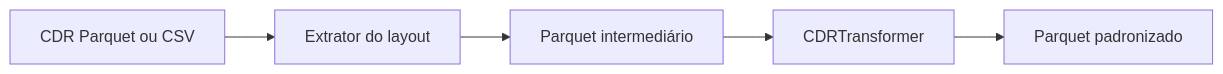
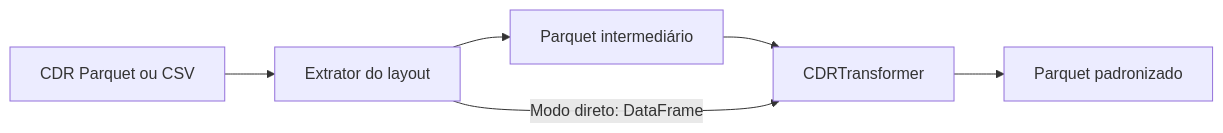
The diagram in README.md (InovaFiscaliza/teleutils), drawn with Mermaid before and after one commit. The commit also changed other lines of this file and 10 other files, not shown here.

First line of the commit message:
feat(extractors): ✨ Add extract_dataframe method for direct DataFrame extraction - Introduce extract_dataframe to return DataFrame without writing to Parquet - Update CDRTextExtractor to support direct DataFrame extraction - Modify logging and error handling for improved clarity

````diff
--- a/README.md
+++ b/README.md
@@ -102,7 +102,8 @@
 ```mermaid
 flowchart LR
     A[CDR Parquet ou CSV] --> B[Extrator do layout]
     B --> C[Parquet intermediário]
     C --> D[CDRTransformer]
+    B -->|Modo direto: DataFrame| D
     D --> E[Parquet padronizado]
 ```
````
